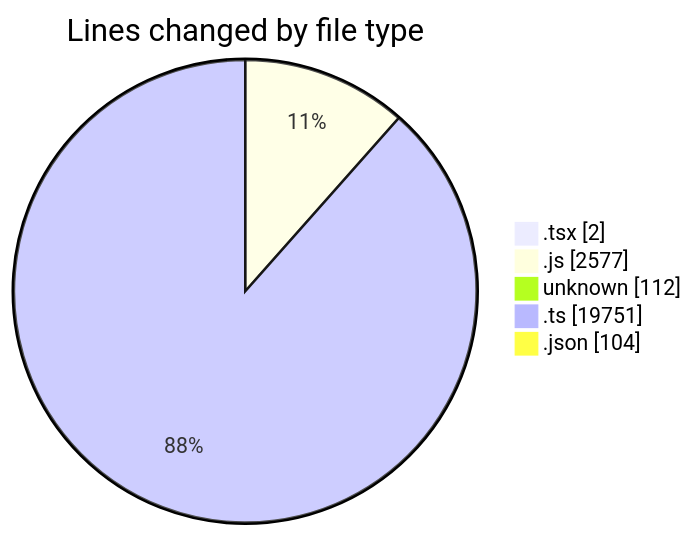
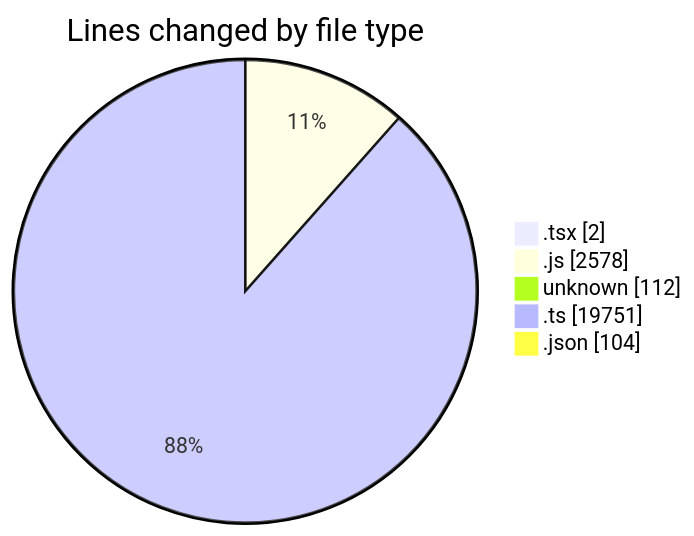
Before and after one commit to momahboobian/code-tracking: the first of 2 diagrams in 2026-05-06/cda/README.md, drawn with Mermaid. The commit also changed other lines of this file and 1 other file, not shown here.

````diff
--- a/2026-05-06/cda/README.md
+++ b/2026-05-06/cda/README.md
@@ -35,9 +35,9 @@
 ```mermaid
 pie showData
 title Lines changed by file type
 ".tsx" : 2
-".js" : 2577
+".js" : 2578
 "unknown" : 112
 ".ts" : 19751
 ".json" : 104
 ```
````
